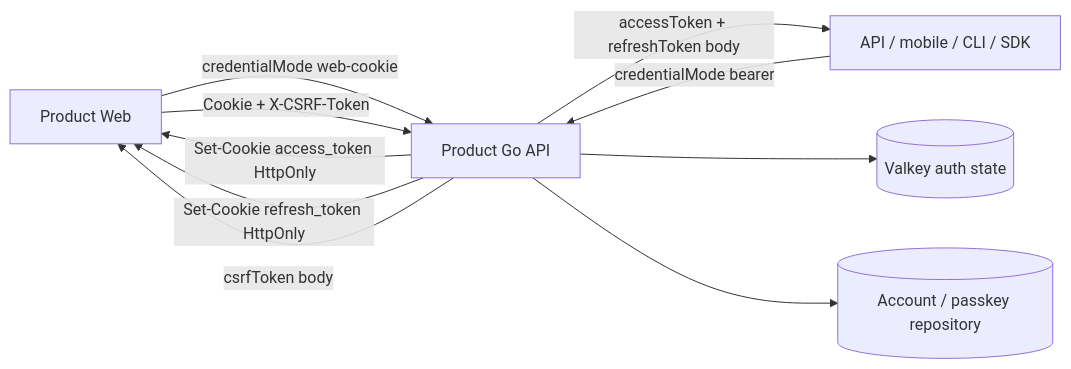
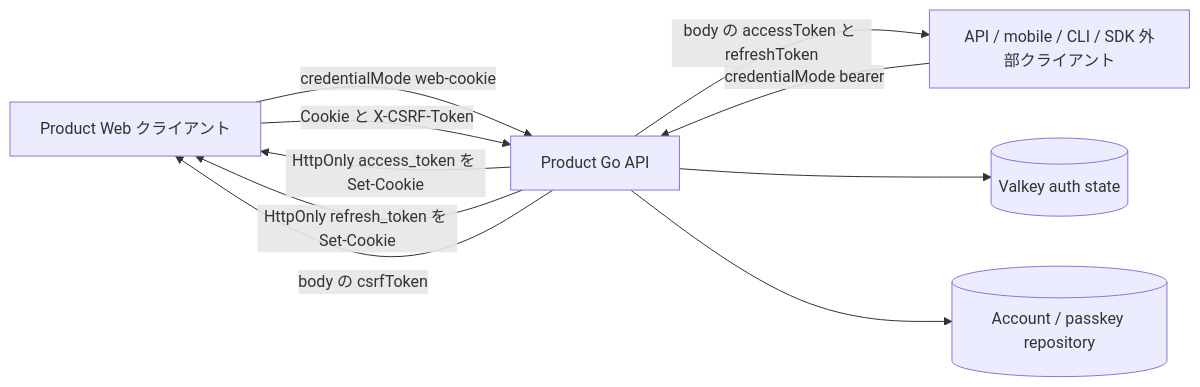
Before and after one commit to witwire-net/www-template: the first of 5 diagrams in openspec/changes/product-cookie-bearer-auth/design.md, drawn with Mermaid. The commit also changed other lines of this file and 12 other files, not shown here.

````diff
--- a/openspec/changes/product-cookie-bearer-auth/design.md
+++ b/openspec/changes/product-cookie-bearer-auth/design.md
@@ -110,12 +110,12 @@
 ```mermaid
 flowchart LR
-  Web[Product Web] -->|credentialMode web-cookie| API[Product Go API]
-  API -->|Set-Cookie access_token HttpOnly| Web
-  API -->|Set-Cookie refresh_token HttpOnly| Web
-  API -->|csrfToken body| Web
-  Web -->|Cookie + X-CSRF-Token| API
-  External[API / mobile / CLI / SDK] -->|credentialMode bearer| API
-  API -->|accessToken + refreshToken body| External
+  Web[Product Web クライアント] -->|credentialMode web-cookie| API[Product Go API]
+  API -->|HttpOnly access_token を Set-Cookie| Web
+  API -->|HttpOnly refresh_token を Set-Cookie| Web
+  API -->|body の csrfToken| Web
+  Web -->|Cookie と X-CSRF-Token| API
+  External[API / mobile / CLI / SDK 外部クライアント] -->|credentialMode bearer| API
+  API -->|body の accessToken と refreshToken| External
   API --> Valkey[(Valkey auth state)]
   API --> AccountDB[(Account / passkey repository)]
 ```
````
